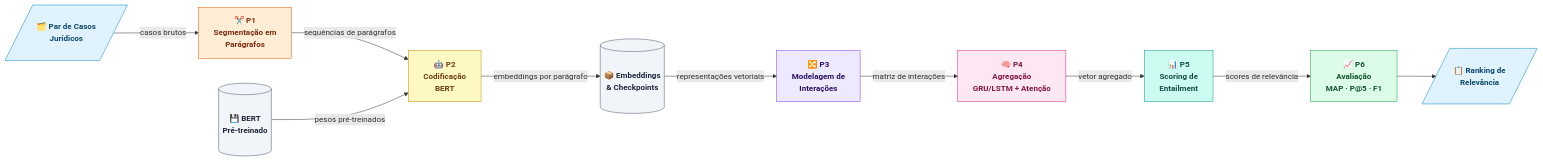
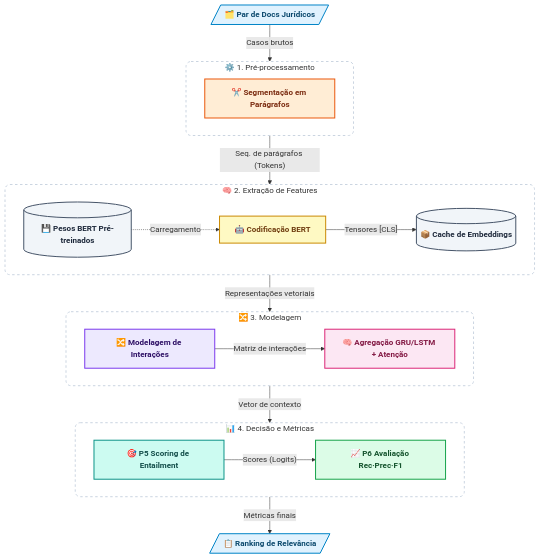
Before and after one commit to gassantos/gridsearch-skyband: the diagram in README.md, drawn with Mermaid.

Commit message:
Update flowchart structure in README.md

````diff
--- a/README.md
+++ b/README.md
@@ -78,38 +78,52 @@
 ```mermaid
-flowchart LR
-    %% Entidades externas (I/O)
-    IN[/"&nbsp;<br/>🗂️ Par de Casos<br/>Jurídicos<br/>&nbsp;"/]:::io
-    OUT[/"&nbsp;<br/>📋 Ranking de<br/>Relevância<br/>&nbsp;"/]:::io
+flowchart TB
+ subgraph Fase1["⚙️ 1. Pré-processamento"]
+    direction LR
+        P1["✂️ Segmentação em Parágrafos"]
+  end
+ subgraph Fase2["🧠 2. Extração de Features"]
+    direction LR
+        DB1[("💾 Pesos BERT Pré-treinados")]
+        P2["🤖 Codificação BERT"]
+        DB2[("📦 Cache de Embeddings")]
+  end
+ subgraph Fase3["🔀 3. Modelagem"]
+    direction LR
+        P3["🔀 Modelagem de Interações"]
+        P4["🧠 Agregação GRU/LSTM + Atenção"]
+  end
+ subgraph Fase4["📊 4. Decisão e Métricas"]
+    direction LR
+        P5["🎯 P5 Scoring de Entailment"]
+        P6["📈 P6 Avaliação Rec·Prec·F1"]
+  end
+    DB1 -. Carregamento .-> P2
+    P2 -- Tensores [CLS] --> DB2
+    P3 -- Matriz de interações --> P4
+    P5 -- Scores (Logits) --> P6
+    IN[/"🗂️ Par de Docs Jurídicos"/] -- Casos brutos --> P1
+    P1 -- "Seq. de parágrafos (Tokens)" --> P2
+    DB2 -- Representações vetoriais --> P3
+    P4 -- Vetor de contexto --> P5
+    P6 -- Métricas finais --> OUT[/"📋 Ranking de Relevância"/]
 
-    %% Armazenamentos
-    DB1[("&nbsp;<br/>💾 BERT<br/>Pré-treinado<br/>&nbsp;")]:::store
-    DB2[("&nbsp;<br/>📦 Embeddings<br/>& Checkpoints<br/>&nbsp;")]:::store
-
-    %% Processos
-    P1["✂️ P1\nSegmentação em\nParágrafos"]:::preproc
-    P2["🤖 P2\nCodificação\nBERT"]:::encoding
-    P3["🔀 P3\nModelagem de\nInterações"]:::interaction
-    P4["🧠 P4\nAgregação\nGRU/LSTM + Atenção"]:::aggregation
-    P5["📊 P5\nScoring de\nEntailment"]:::scoring
-    P6["📈 P6\nAvaliação\nMAP · P@5 · F1"]:::evaluation
-
-    %% Fluxos de dados
-    IN           -->|"casos brutos"| P1
-    P1           -->|"sequências de parágrafos"| P2
-    DB1          -->|"pesos pré-treinados"| P2
-    P2           -->|"embeddings por parágrafo"| DB2
-    DB2          -->|"representações vetoriais"| P3
-    P3           -->|"matriz de interações"| P4
-    P4           -->|"vetor agregado"| P5
-    P5           -->|"scores de relevância"| P6
-    P6           --> OUT
-
-    classDef io          fill:#e0f2fe,stroke:#0284c7,color:#0c4a6e,font-weight:bold
-    classDef store       fill:#f1f5f9,stroke:#475569,color:#1e293b,font-weight:bold
-    classDef preproc     fill:#ffedd5,stroke:#ea580c,color:#7c2d12,font-weight:bold
-    classDef encoding    fill:#fef9c3,stroke:#ca8a04,color:#713f12,font-weight:bold
-    classDef interaction fill:#ede9fe,stroke:#7c3aed,color:#2e1065,font-weight:bold
-    classDef aggregation fill:#fce7f3,stroke:#db2777,color:#831843,font-weight:bold
-    classDef scoring     fill:#ccfbf1,stroke:#0d9488,color:#134e4a,font-weight:bold
-    classDef evaluation  fill:#dcfce7,stroke:#16a34a,color:#14532d,font-weight:bold
+     P1:::preproc
+     DB1:::store
+     P2:::encoding
+     DB2:::store
+     P3:::interaction
+     P4:::aggregation
+     P5:::scoring
+     P6:::evaluation
+     IN:::io
+     OUT:::io
+    classDef io         fill:#e0f2fe,stroke:#0284c7,stroke-width:2px,color:#0c4a6e,font-weight:bold
+    classDef store      fill:#f1f5f9,stroke:#475569,stroke-width:2px,color:#1e293b,font-weight:bold
+    classDef preproc    fill:#ffedd5,stroke:#ea580c,stroke-width:2px,color:#7c2d12,font-weight:bold
+    classDef encoding   fill:#fef9c3,stroke:#ca8a04,stroke-width:2px,color:#713f12,font-weight:bold
+    classDef interaction fill:#ede9fe,stroke:#7c3aed,stroke-width:2px,color:#2e1065,font-weight:bold
+    classDef aggregation fill:#fce7f3,stroke:#db2777,stroke-width:2px,color:#831843,font-weight:bold
+    classDef scoring    fill:#ccfbf1,stroke:#0d9488,stroke-width:2px,color:#134e4a,font-weight:bold
+    classDef evaluation fill:#dcfce7,stroke:#16a34a,stroke-width:2px,color:#14532d,font-weight:bold
+    classDef cluster    fill:#ffffff,stroke:#cbd5e1,stroke-width:2px,stroke-dasharray: 5 5,rx:10,ry:10
 ```
````
